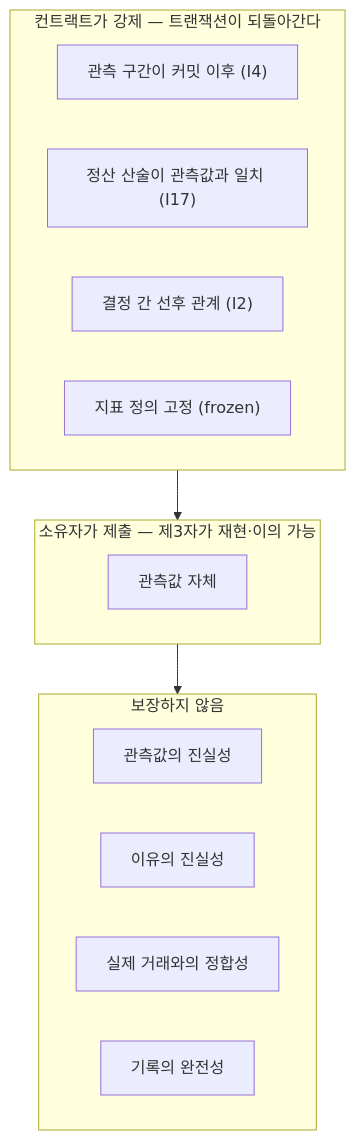
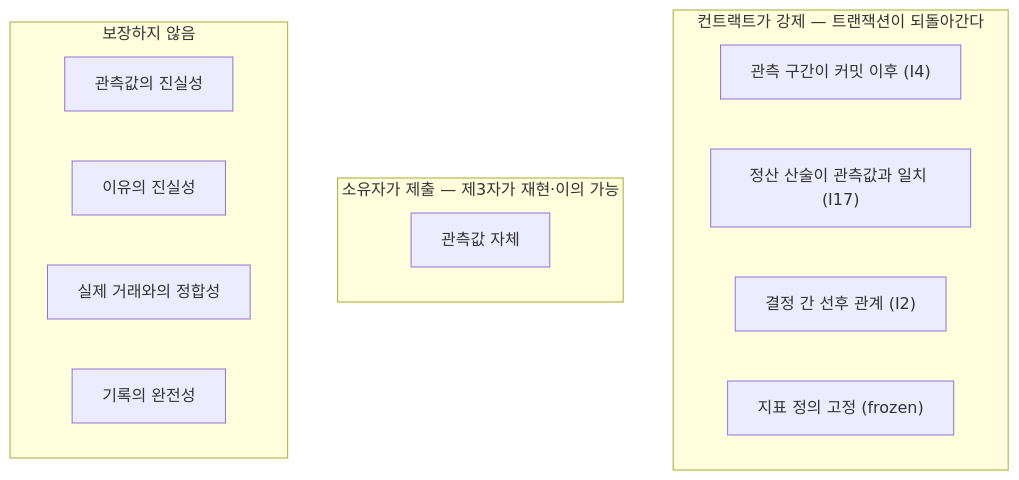
Before and after one commit to Bo621/POI: the diagram in gitbook/problem/trust-boundary.md, drawn with Mermaid. The commit also changed other lines of this file and 13 other files, not shown here.

````diff
--- a/gitbook/problem/trust-boundary.md
+++ b/gitbook/problem/trust-boundary.md
@@ -3,19 +3,19 @@
 ```mermaid
 flowchart TB
+    %% 세 범주는 순차 단계가 아니라 서로 다른 신뢰 수준이다
     subgraph FORCED["컨트랙트가 강제 — 트랜잭션이 되돌아간다"]
         F1["관측 구간이 커밋 이후 (I4)"]
         F2["정산 산술이 관측값과 일치 (I17)"]
         F3["결정 간 선후 관계 (I2)"]
         F4["지표 정의 고정 (frozen)"]
     end
     subgraph SUBMIT["소유자가 제출 — 제3자가 재현·이의 가능"]
         S1["관측값 자체"]
     end
     subgraph NONE["보장하지 않음"]
         N1["관측값의 진실성"]
         N2["이유의 진실성"]
         N3["실제 거래와의 정합성"]
         N4["기록의 완전성"]
     end
-    FORCED --> SUBMIT --> NONE
 ```
````
